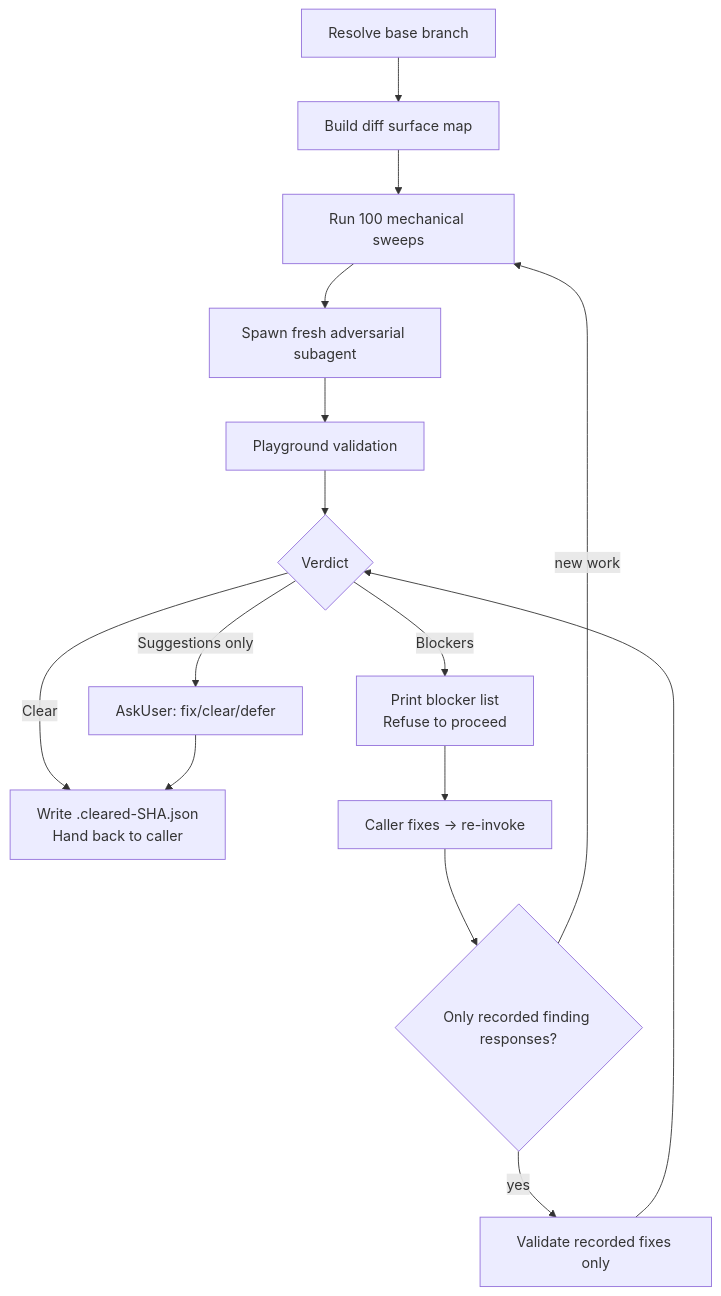
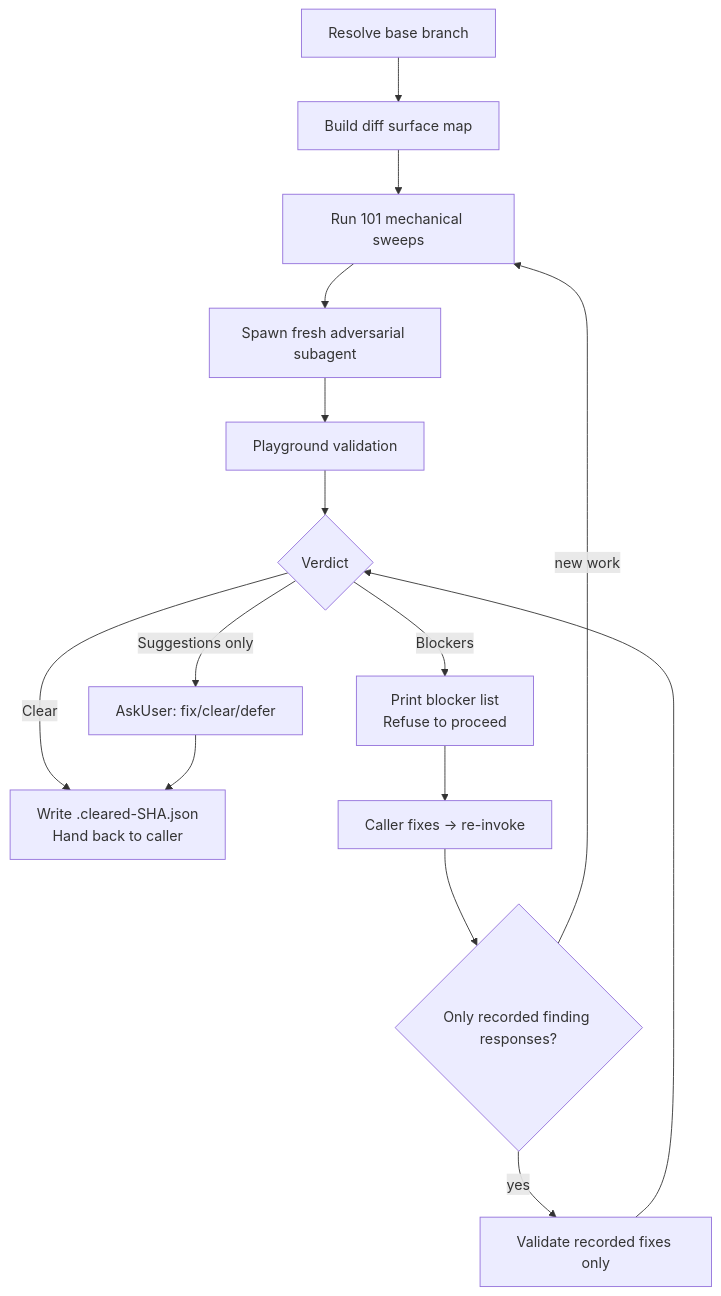
One commit to whizzzkid/skills changed the diagram in skills/adversarial-review/README.md. Above: the diagram before and after it, drawn with Mermaid. The commit also changed other lines of this file and 4 other files, not shown here.

````diff
--- a/skills/adversarial-review/README.md
+++ b/skills/adversarial-review/README.md
@@ -16,17 +16,17 @@
 ```mermaid
 flowchart TD
     A[Resolve base branch] --> B[Build diff surface map]
-    B --> C[Run 100 mechanical sweeps]
+    B --> C[Run 101 mechanical sweeps]
     C --> D[Spawn fresh adversarial subagent]
     D --> E[Playground validation]
     E --> F{Verdict}
     F -->|Clear| G[Write .cleared-SHA.json<br/>Hand back to caller]
     F -->|Blockers| H[Print blocker list<br/>Refuse to proceed]
     F -->|Suggestions only| I[AskUser: fix/clear/defer]
     H --> J[Caller fixes → re-invoke]
     J --> K{Only recorded finding responses?}
     K -->|yes| V[Validate recorded fixes only]
     V --> F
     K -->|new work| C
     I --> G
 ```
````
